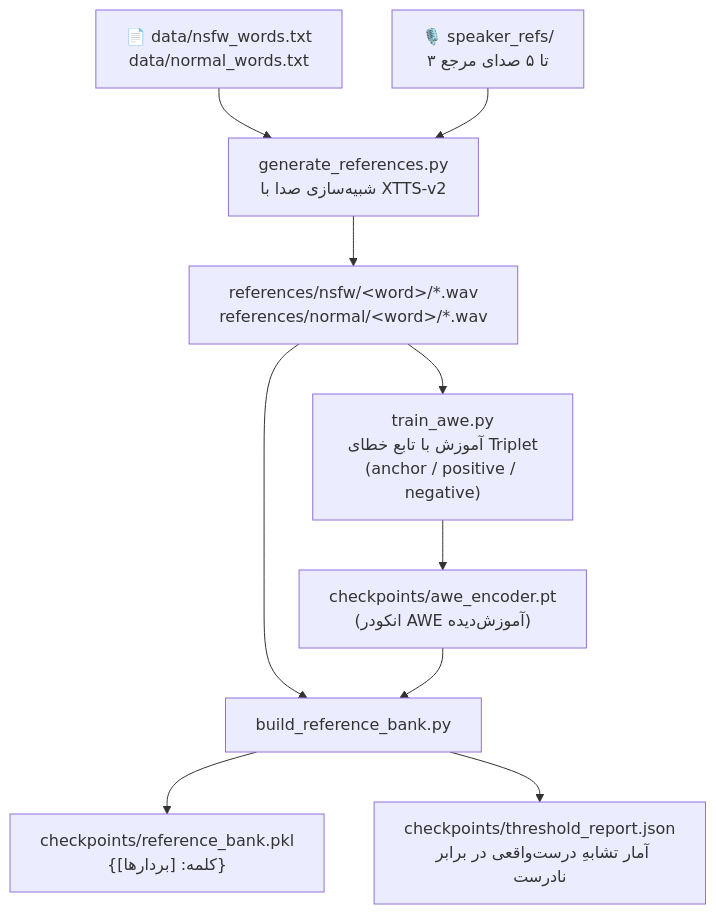
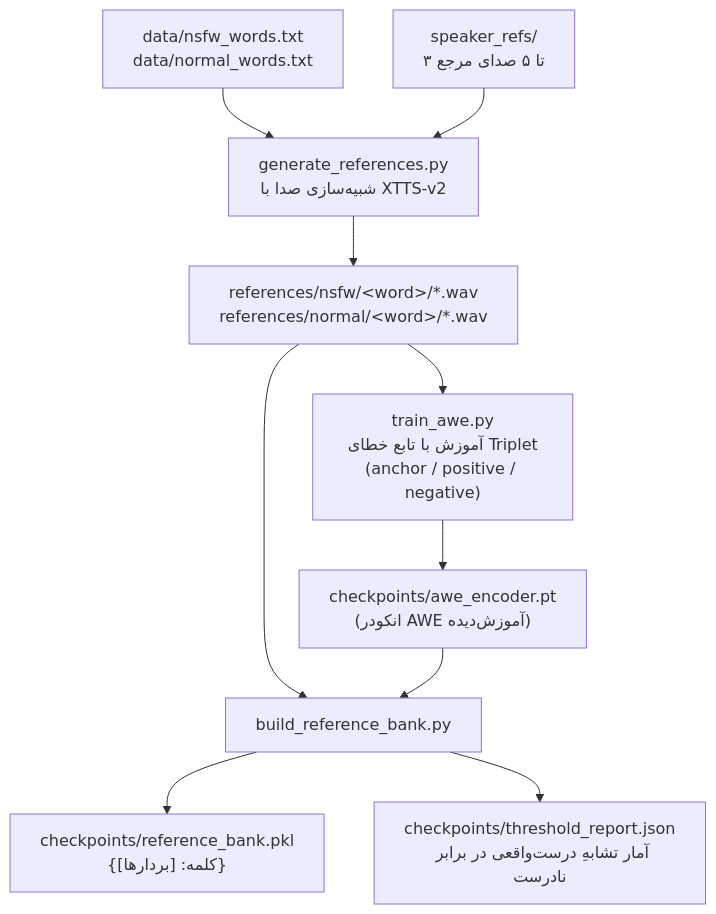
One commit to sjdasadi/nsfw-audio-keyword-spotter changed the third of 4 diagrams in README.md. Above: the diagram before and after it, drawn with Mermaid. The commit also changed other lines of this file, not shown here.

````diff
--- a/README.md
+++ b/README.md
@@ -250,12 +250,12 @@
 ```mermaid
 flowchart TD
-    A["📄 data/nsfw_words.txt<br/>data/normal_words.txt"] --> B["generate_references.py<br/>شبیه‌سازی صدا با XTTS-v2"]
-    S["🎙️ speaker_refs/<br/>۳ تا ۵ صدای مرجع"] --> B
+    A[" data/nsfw_words.txt<br/>data/normal_words.txt"] --> B["generate_references.py<br/>شبیه‌سازی صدا با XTTS-v2"]
+    S[" speaker_refs/<br/>۳ تا ۵ صدای مرجع"] --> B
     B --> C["references/nsfw/&lt;word&gt;/*.wav<br/>references/normal/&lt;word&gt;/*.wav"]
     C --> D["train_awe.py<br/>آموزش با تابع خطای Triplet<br/>(anchor / positive / negative)"]
     D --> E["checkpoints/awe_encoder.pt<br/>(انکودر AWE آموزش‌دیده)"]
     C --> F["build_reference_bank.py"]
     E --> F
     F --> G["checkpoints/reference_bank.pkl<br/>{کلمه: [بردارها]}"]
     F --> H["checkpoints/threshold_report.json<br/>آمار تشابهِ درست‌واقعی در برابر نادرست"]
 ```
````
